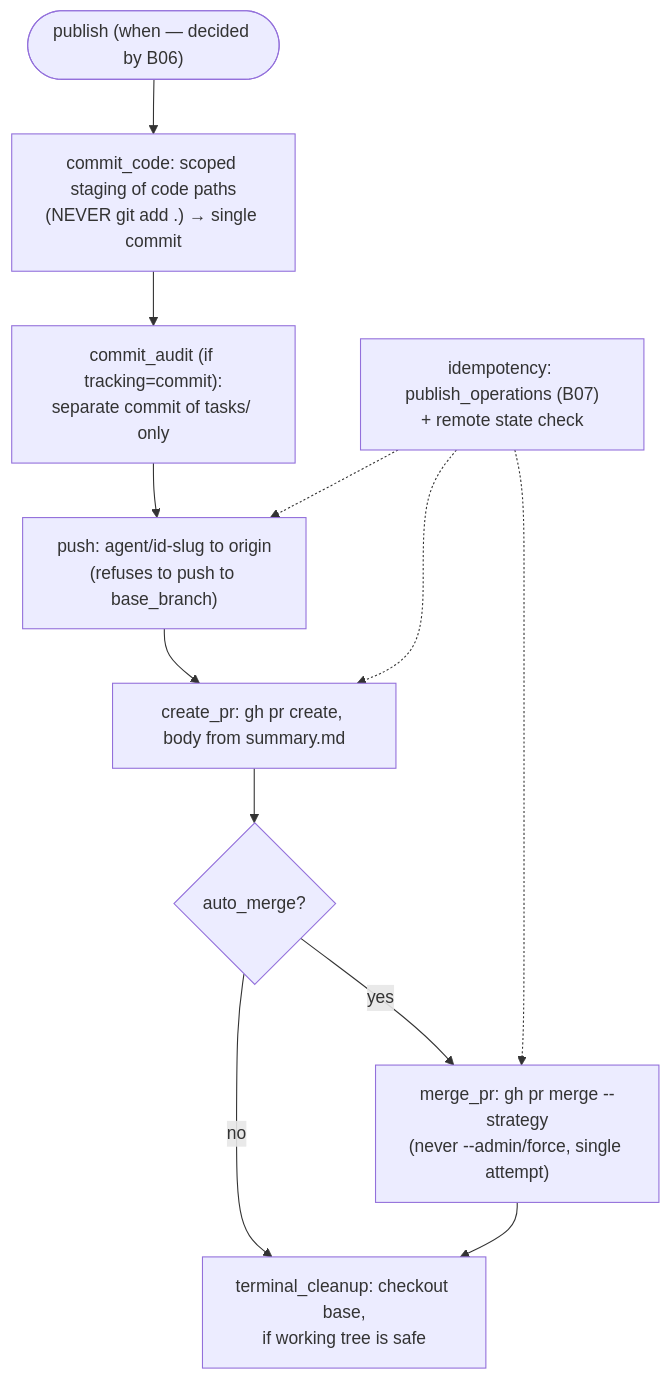
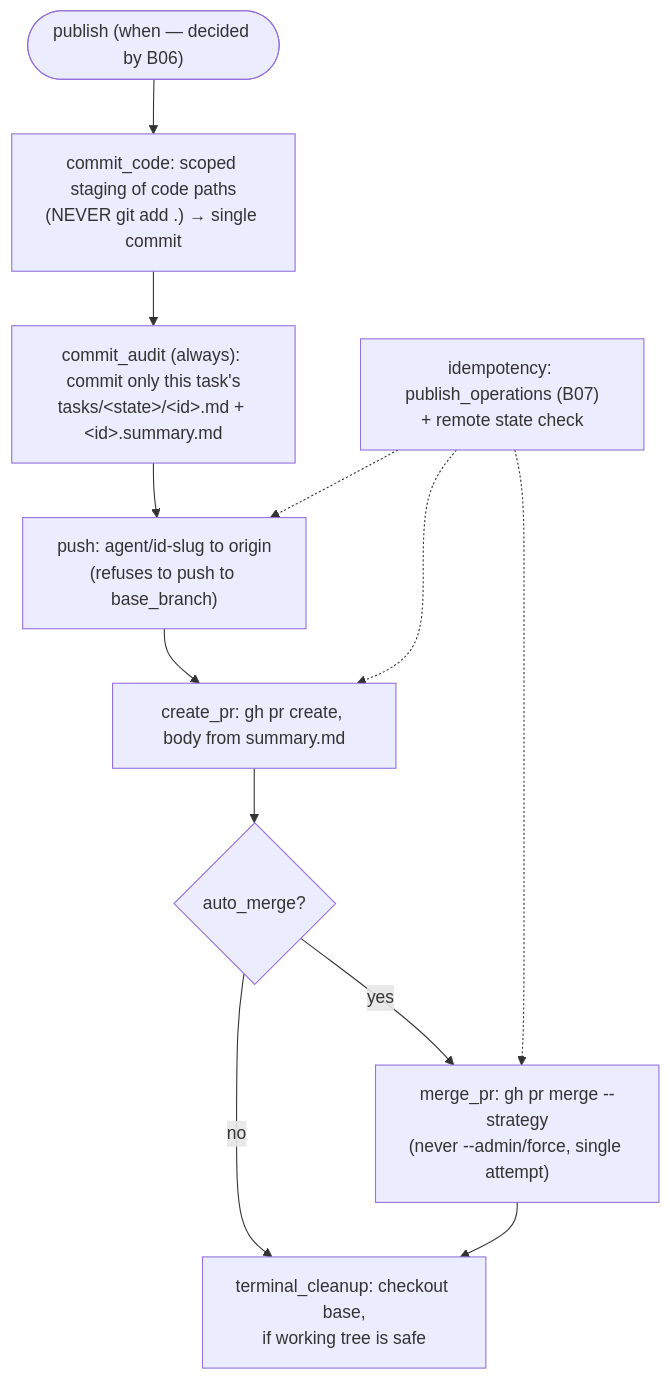
Before and after one commit to VladimirMakarevich/wastech-orchestrator: the diagram in docs/functional/blocks/B22-git-manager.md, drawn with Mermaid. The commit also changed other lines of this file and 59 other files, not shown here.

````diff
--- a/docs/functional/blocks/B22-git-manager.md
+++ b/docs/functional/blocks/B22-git-manager.md
@@ -54,14 +55,14 @@
 ```mermaid
 flowchart TB
     start(["publish (when — decided by B06)"]) --> cc["commit_code: scoped staging of code paths<br/>(NEVER git add .) → single commit"]
-    cc --> ca["commit_audit (if tracking=commit):<br/>separate commit of tasks/ only"]
+    cc --> ca["commit_audit (always): commit only this task's<br/>tasks/&lt;state&gt;/&lt;id&gt;.md + &lt;id&gt;.summary.md"]
     ca --> push["push: agent/id-slug to origin<br/>(refuses to push to base_branch)"]
     push --> pr["create_pr: gh pr create, body from summary.md"]
     pr --> mg{"auto_merge?"}
     mg -->|yes| merge["merge_pr: gh pr merge --strategy<br/>(never --admin/force, single attempt)"]
     mg -->|no| clean
     merge --> clean["terminal_cleanup: checkout base,<br/>if working tree is safe"]
     idem["idempotency: publish_operations (B07)<br/>+ remote state check"] -.-> push
     idem -.-> pr
     idem -.-> merge
 ```
````
